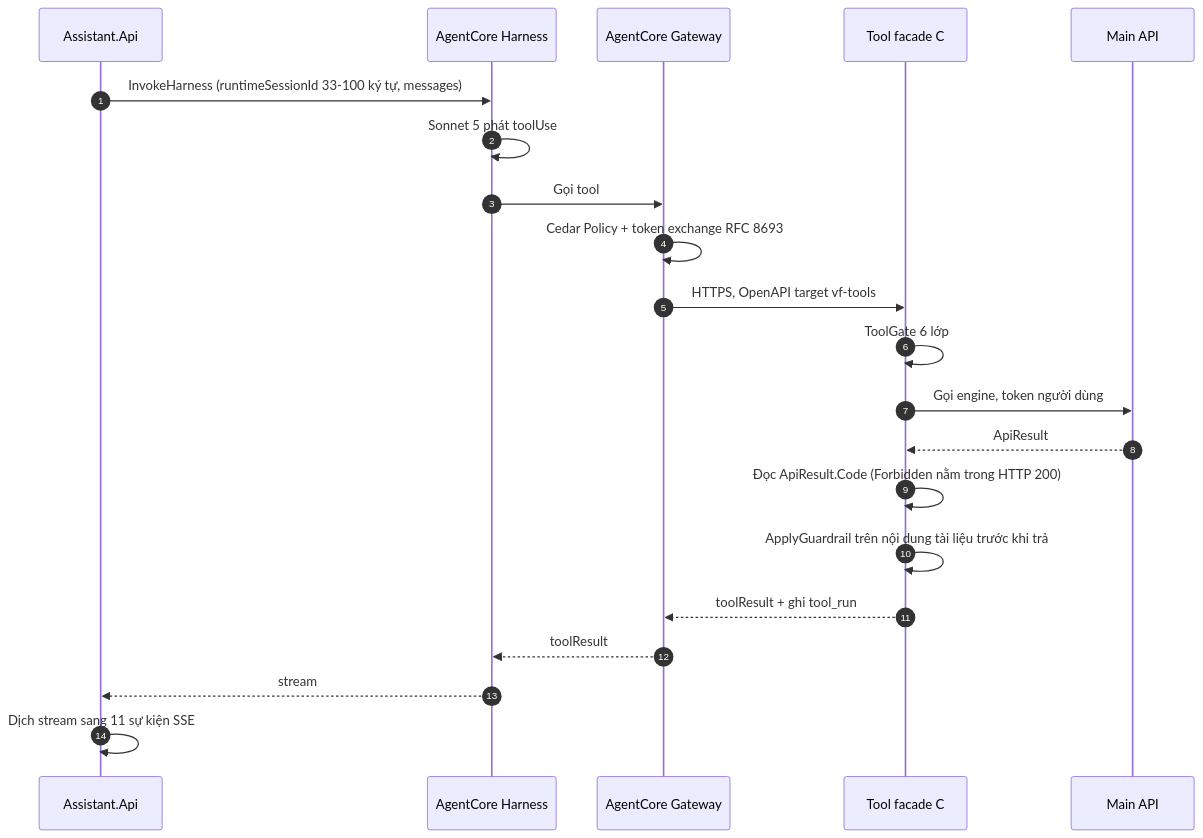
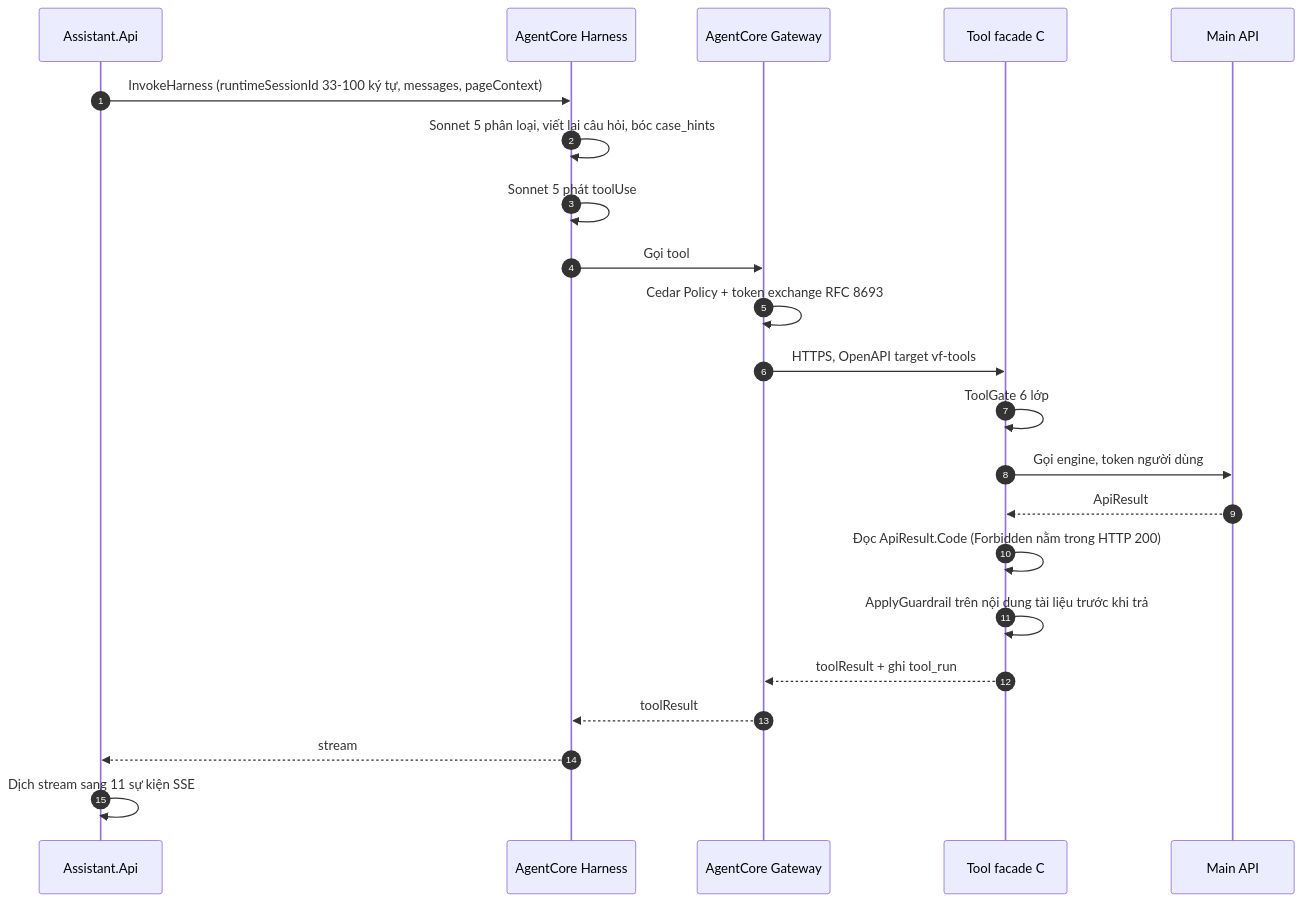
One commit to vdloc/vfstructures-ai-solution changed the eighth of 15 diagrams in ship/01-kien-truc.md. Above: the diagram before and after it, drawn with Mermaid. The commit also changed other lines of this file and 17 other files, not shown here.

````diff
--- a/ship/01-kien-truc.md
+++ b/ship/01-kien-truc.md
@@ -545,23 +546,24 @@
 ```mermaid
 sequenceDiagram
  autonumber
  participant A as Assistant.Api
  participant H as AgentCore Harness
  participant G as AgentCore Gateway
  participant F as Tool facade C#
  participant M as Main API
- A->>H: InvokeHarness (runtimeSessionId 33-100 ký tự, messages)
+ A->>H: InvokeHarness (runtimeSessionId 33-100 ký tự, messages, pageContext)
+ H->>H: Sonnet 5 phân loại, viết lại câu hỏi, bóc case_hints
  H->>H: Sonnet 5 phát toolUse
  H->>G: Gọi tool
  G->>G: Cedar Policy + token exchange RFC 8693
  G->>F: HTTPS, OpenAPI target vf-tools
  F->>F: ToolGate 6 lớp
  F->>M: Gọi engine, token người dùng
  M-->>F: ApiResult
  F->>F: Đọc ApiResult.Code (Forbidden nằm trong HTTP 200)
  F->>F: ApplyGuardrail trên nội dung tài liệu trước khi trả
  F-->>G: toolResult + ghi tool_run
  G-->>H: toolResult
  H-->>A: stream
  A->>A: Dịch stream sang 11 sự kiện SSE
 ```
````
